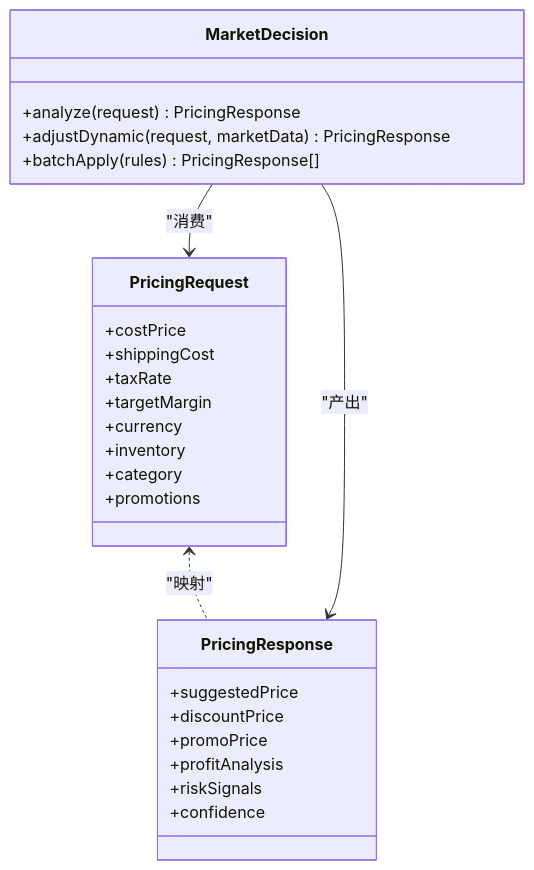
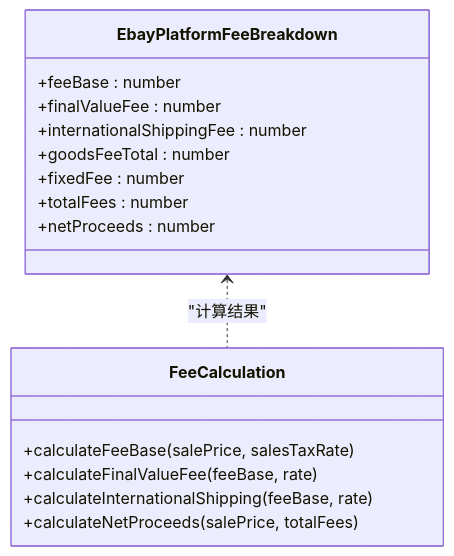
Before and after one commit to iljahofbauer219-lang/yandu: the fourth of 5 diagrams in .qoder/repowiki/zh/content/系统架构/渲染进程架构/Ebay本地商品编辑器/定价计算引擎.md, drawn with Mermaid. The commit also changed other lines of this file and 22 other files, not shown here.

````diff
--- a/.qoder/repowiki/zh/content/系统架构/渲染进程架构/Ebay本地商品编辑器/定价计算引擎.md
+++ b/.qoder/repowiki/zh/content/系统架构/渲染进程架构/Ebay本地商品编辑器/定价计算引擎.md
@@ -168,29 +174,19 @@
 ```mermaid
 classDiagram
-class PricingRequest {
-+costPrice
-+shippingCost
-+taxRate
-+targetMargin
-+currency
-+inventory
-+category
-+promotions
+class EbayPlatformFeeBreakdown {
++feeBase : number
++finalValueFee : number
++internationalShippingFee : number
++goodsFeeTotal : number
++fixedFee : number
++totalFees : number
++netProceeds : number
 }
-class PricingResponse {
-+suggestedPrice
-+discountPrice
-+promoPrice
-+profitAnalysis
-+riskSignals
-+confidence
+class FeeCalculation {
++calculateFeeBase(salePrice, salesTaxRate)
++calculateFinalValueFee(feeBase, rate)
++calculateInternationalShipping(feeBase, rate)
++calculateNetProceeds(salePrice, totalFees)
 }
-class MarketDecision {
-+analyze(request) PricingResponse
-+adjustDynamic(request, marketData) PricingResponse
-+batchApply(rules) PricingResponse[]
-}
-PricingRequest <.. PricingResponse : "映射"
-MarketDecision --> PricingRequest : "消费"
-MarketDecision --> PricingResponse : "产出"
+EbayPlatformFeeBreakdown <.. FeeCalculation : "计算结果"
 ```
````
